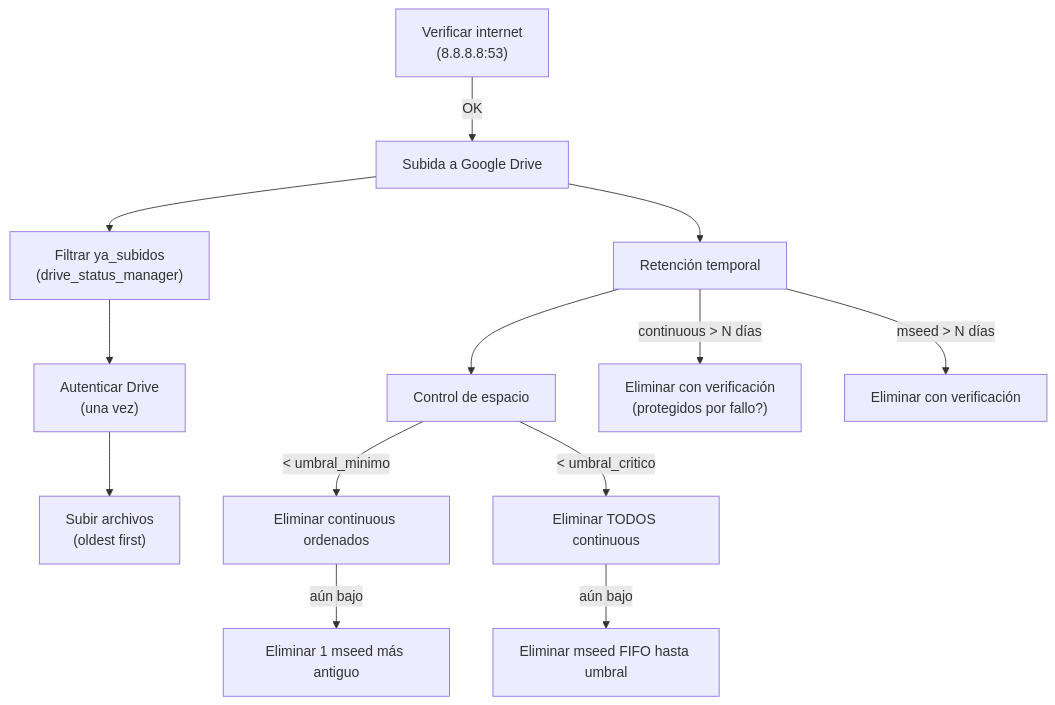
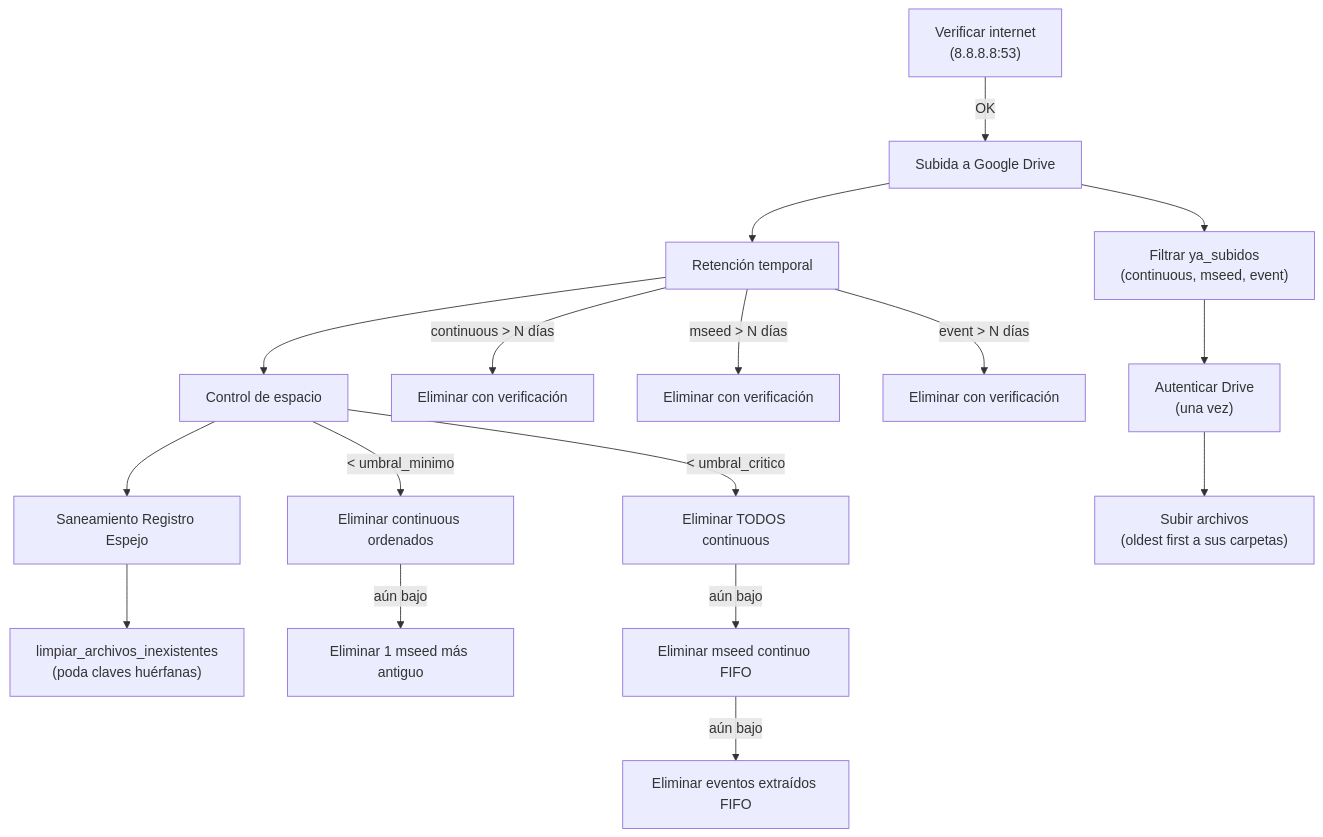
Before and after one commit to Red-Sismica-del-Austro/RSA-Acelerografo: the third of 3 diagrams in docs/context/gestor_archivos_acq_context.md, drawn with Mermaid. The commit also changed other lines of this file and 4 other files, not shown here.

````diff
--- a/docs/context/gestor_archivos_acq_context.md
+++ b/docs/context/gestor_archivos_acq_context.md
@@ -63,18 +65,23 @@
 ```mermaid
 graph TD
     A["Verificar internet<br>(8.8.8.8:53)"] -->|OK| B["Subida a Google Drive"]
     B --> C["Retención temporal"]
     C --> D["Control de espacio"]
+    D --> E["Saneamiento Registro Espejo"]
 
-    B --> B1["Filtrar ya_subidos<br>(drive_status_manager)"]
+    B --> B1["Filtrar ya_subidos<br>(continuous, mseed, event)"]
     B1 --> B2["Autenticar Drive<br>(una vez)"]
-    B2 --> B3["Subir archivos<br>(oldest first)"]
+    B2 --> B3["Subir archivos<br>(oldest first a sus carpetas)"]
 
-    C -->|"continuous > N días"| C1["Eliminar con verificación<br>(protegidos por fallo?)"]
+    C -->|"continuous > N días"| C1["Eliminar con verificación"]
     C -->|"mseed > N días"| C2["Eliminar con verificación"]
+    C -->|"event > N días"| C3["Eliminar con verificación"]
 
     D -->|"< umbral_minimo"| D1["Eliminar continuous ordenados"]
     D1 -->|"aún bajo"| D2["Eliminar 1 mseed más antiguo"]
     D -->|"< umbral_critico"| D3["Eliminar TODOS continuous"]
-    D3 -->|"aún bajo"| D4["Eliminar mseed FIFO hasta umbral"]
+    D3 -->|"aún bajo"| D4["Eliminar mseed continuo FIFO"]
+    D4 -->|"aún bajo"| D5["Eliminar eventos extraídos FIFO"]
+    
+    E --> E1["limpiar_archivos_inexistentes<br>(poda claves huérfanas)"]
 ```
````
